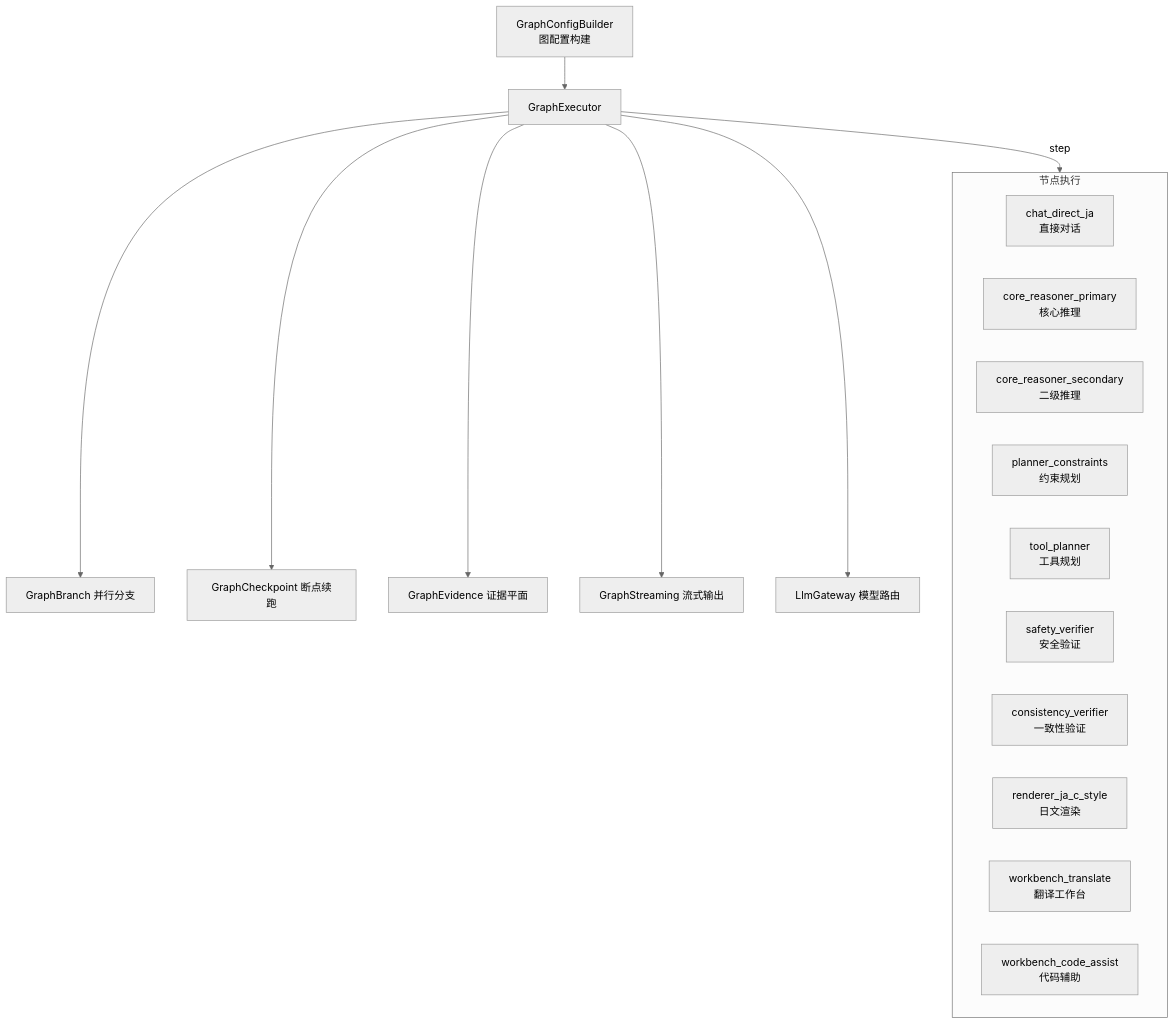
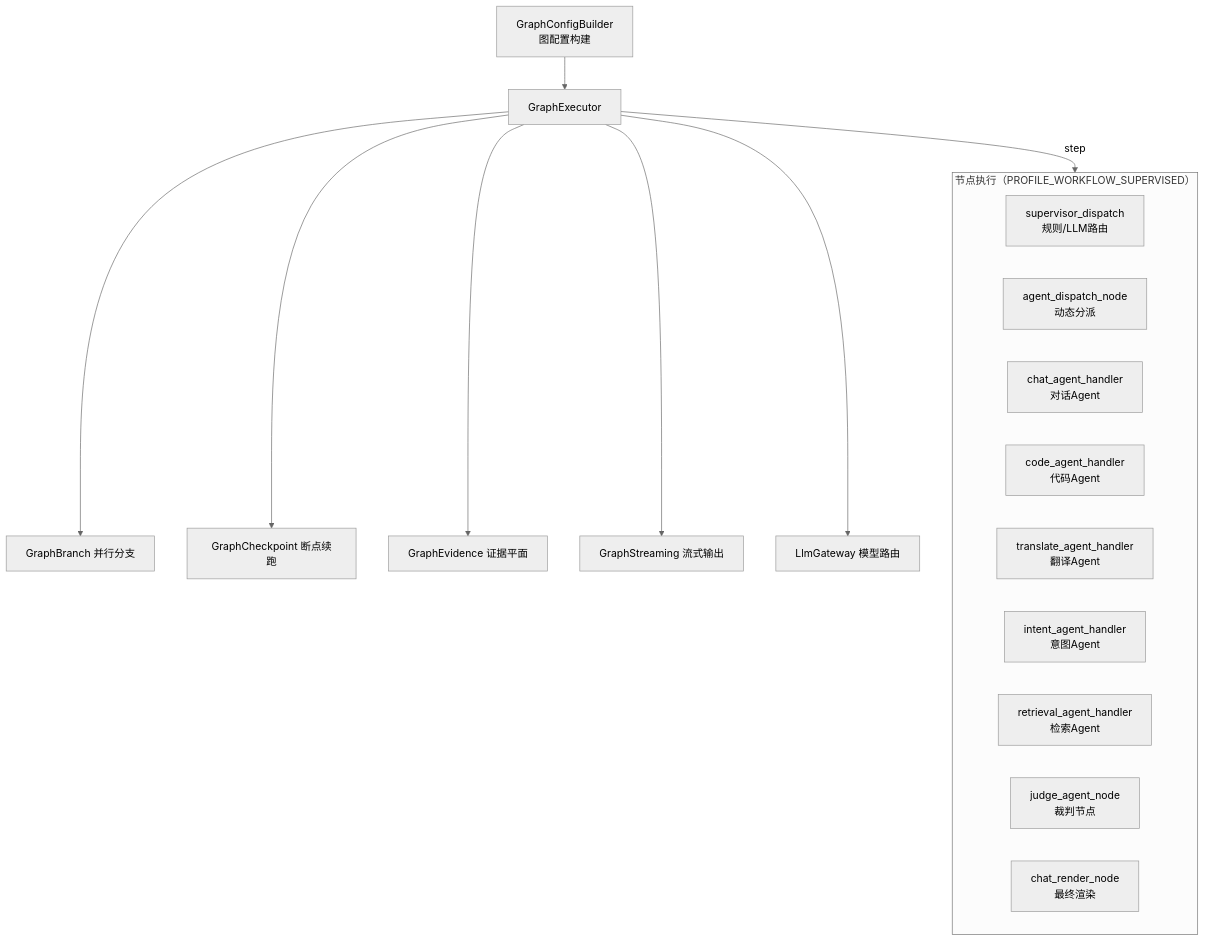
Before and after one commit to SakuraYoruno/Natsume_Ai: the third of 14 diagrams in docs/15_theory/architecture_overview_20260310.md, drawn with Mermaid (neutral theme). The commit also changed other lines of this file and 1 other file, not shown here.

First line of the commit message:
docs: 同步代码重构后的数据流图文档更新

````diff
--- a/docs/15_theory/architecture_overview_20260310.md
+++ b/docs/15_theory/architecture_overview_20260310.md
@@ -229,22 +234,21 @@
 ```mermaid
 graph TD
     GCB[GraphConfigBuilder<br/>图配置构建] --> GE
     GE[GraphExecutor] --> |step| NODE
-    subgraph NODE["节点执行"]
-        N1[chat_direct_ja<br/>直接对话]
-        N2[core_reasoner_primary<br/>核心推理]
-        N3[core_reasoner_secondary<br/>二级推理]
-        N4[planner_constraints<br/>约束规划]
-        N5[tool_planner<br/>工具规划]
-        N6[safety_verifier<br/>安全验证]
-        N7[consistency_verifier<br/>一致性验证]
-        N8[renderer_ja_c_style<br/>日文渲染]
-        N9[workbench_translate<br/>翻译工作台]
-        N10[workbench_code_assist<br/>代码辅助]
+    subgraph NODE["节点执行（PROFILE_WORKFLOW_SUPERVISED）"]
+        N1[supervisor_dispatch<br/>规则/LLM路由]
+        N2[agent_dispatch_node<br/>动态分派]
+        N3[chat_agent_handler<br/>对话Agent]
+        N4[code_agent_handler<br/>代码Agent]
+        N5[translate_agent_handler<br/>翻译Agent]
+        N6[intent_agent_handler<br/>意图Agent]
+        N7[retrieval_agent_handler<br/>检索Agent]
+        N8[judge_agent_node<br/>裁判节点]
+        N9[chat_render_node<br/>最终渲染]
     end
     GE --> GBR[GraphBranch 并行分支]
     GE --> GCK[GraphCheckpoint 断点续跑]
     GE --> GEV[GraphEvidence 证据平面]
     GE --> GST[GraphStreaming 流式输出]
     GE --> LGW[LlmGateway 模型路由]
 ```
````
